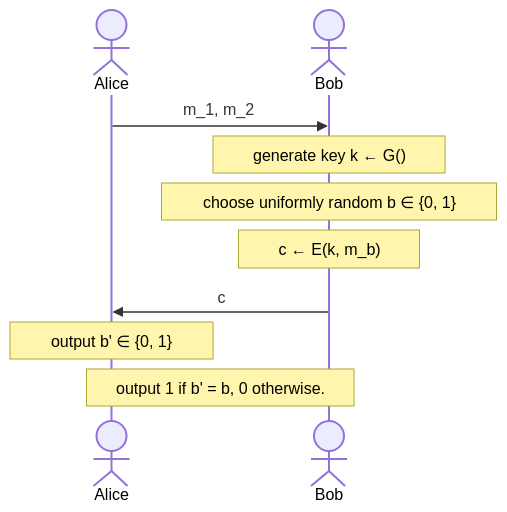
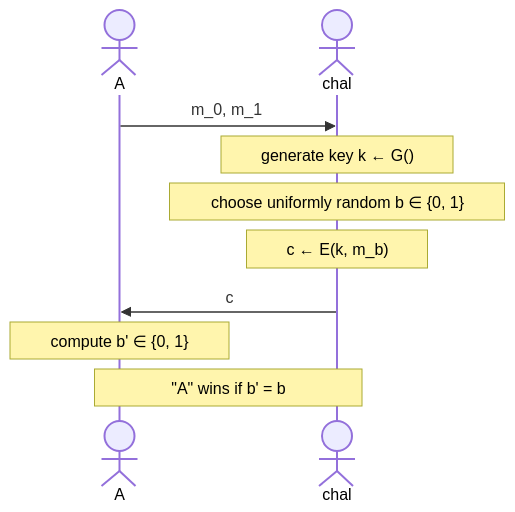
Before and after one commit to erhant/crypto-notes: the diagram in content/3-perfect-secrecy.md, drawn with Mermaid. The commit also changed other lines of this file and 10 other files, not shown here.

````diff
--- a/content/3-perfect-secrecy.md
+++ b/content/3-perfect-secrecy.md
@@ -39,19 +40,17 @@
 ```mermaid
 sequenceDiagram
-	actor Alice
-	actor Bob
+	actor A
+	actor chal
 
-	%% step 1, alice outputs message pair
-	Alice ->> Bob: m_1, m_2
+	A ->> chal: m_0, m_1
 
-	Note over Bob: generate key k #8592; G()
-  Note over Bob: choose uniformly random b #8712; {0, 1}
-  Note over Bob: c #8592; E(k, m_b)
+	Note over chal: generate key k #8592; G()
+  Note over chal: choose uniformly random b #8712; {0, 1}
+  Note over chal: c #8592; E(k, m_b)
+  chal ->> A: c
 
-  Bob ->> Alice: c
+  Note over A: compute b' #8712; {0, 1}
 
-  Note over Alice: output b' #8712; {0, 1}
-
-  Note over Alice,Bob: output 1 if b' = b, 0 otherwise.
+  Note over A,chal: "A" wins if b' = b
 
 ```
````
